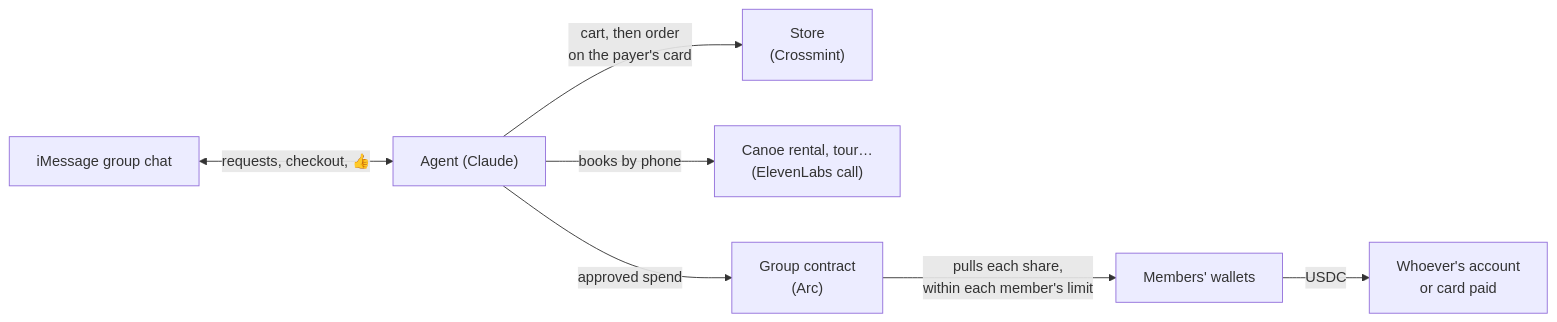
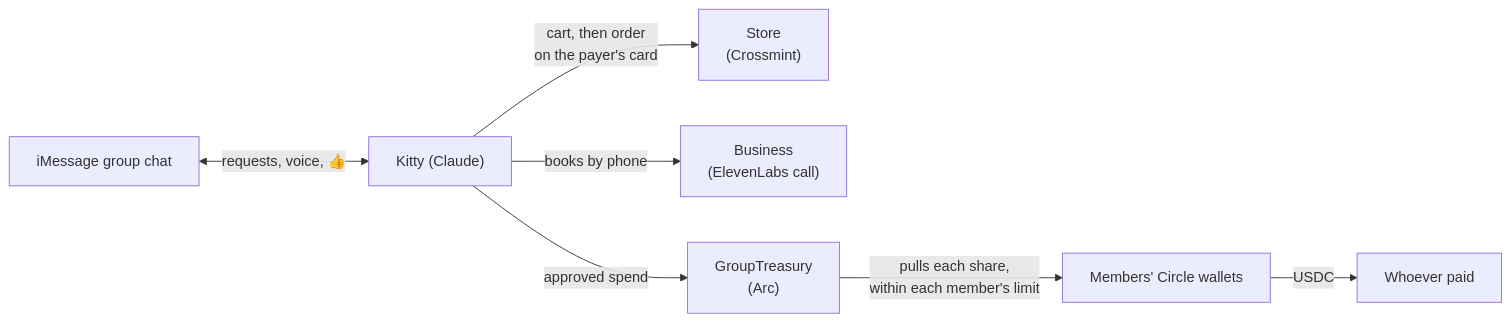
Before and after one commit to siyasiyasiya/ubc2026: the first of 2 diagrams in README.md, drawn with Mermaid. The commit also changed other lines of this file and 1 other file, not shown here.

````diff
--- a/README.md
+++ b/README.md
@@ -103,9 +47,9 @@
 ```mermaid
 flowchart LR
-    Chat["iMessage group chat"] <-->|requests, checkout, 👍| Agent["Agent (Claude)"]
+    Chat["iMessage group chat"] <-->|requests, voice, 👍| Agent["Kitty (Claude)"]
     Agent -->|cart, then order<br/>on the payer's card| Store["Store<br/>(Crossmint)"]
-    Agent -->|books by phone| Phone["Canoe rental, tour…<br/>(ElevenLabs call)"]
-    Agent -->|approved spend| Contract["Group contract<br/>(Arc)"]
-    Contract -->|pulls each share,<br/>within each member's limit| Wallets["Members' wallets"]
-    Wallets -->|USDC| Payer["Whoever's account<br/>or card paid"]
+    Agent -->|books by phone| Phone["Business<br/>(ElevenLabs call)"]
+    Agent -->|approved spend| Contract["GroupTreasury<br/>(Arc)"]
+    Contract -->|pulls each share,<br/>within each member's limit| Wallets["Members' Circle wallets"]
+    Wallets -->|USDC| Payer["Whoever paid"]
 ```
````
